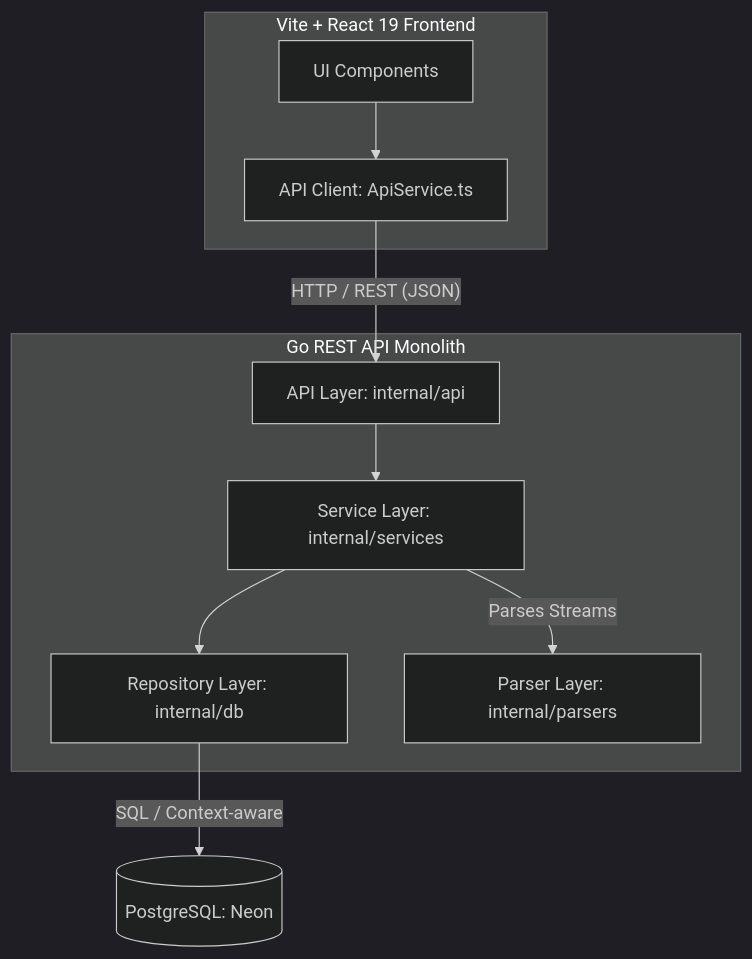
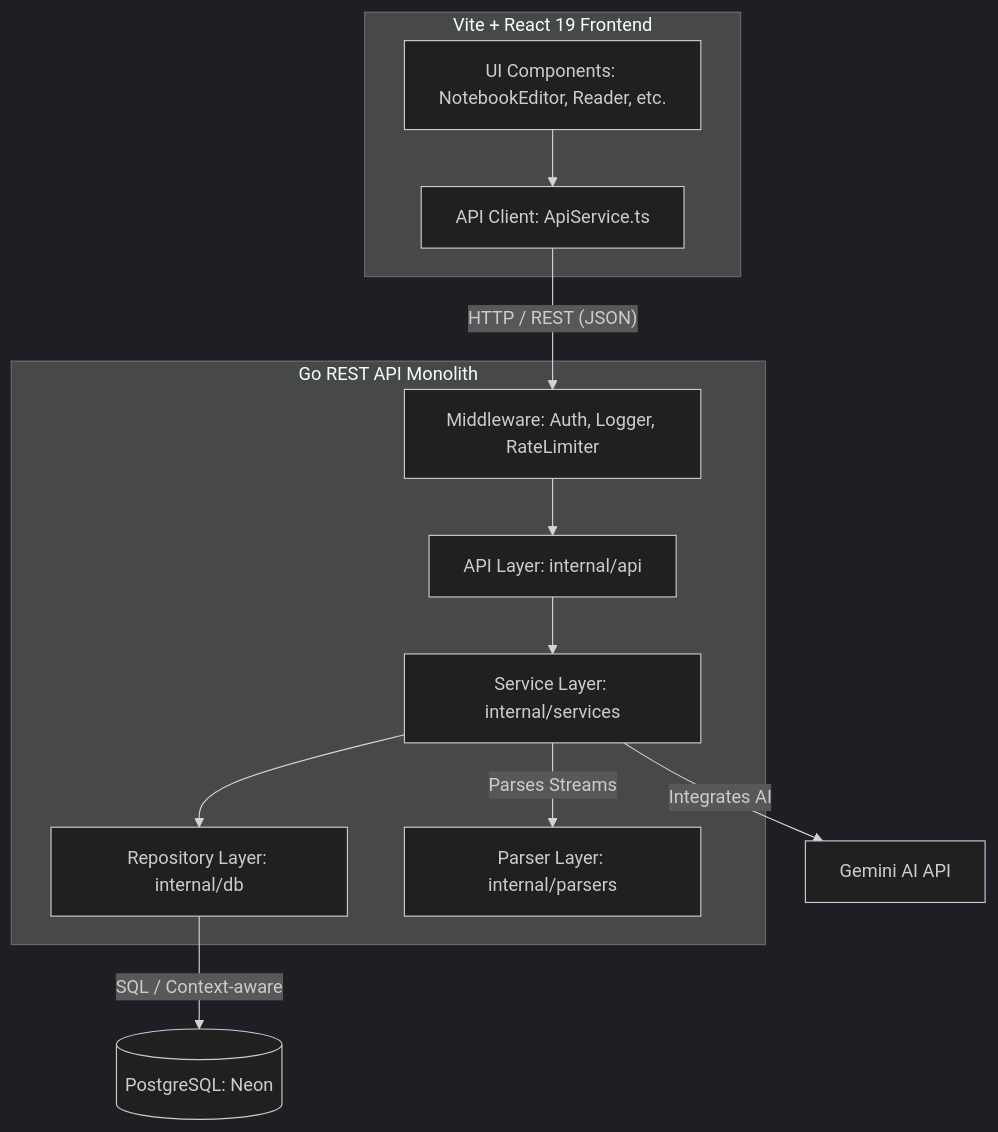
The first of 2 diagrams in docs/architecture/overview.md (mvirtai/clible-v3-go), drawn with Mermaid (dark theme) before and after one commit. The commit also changed other lines of this file and 54 other files, not shown here.

````diff
--- a/docs/architecture/overview.md
+++ b/docs/architecture/overview.md
@@ -11,23 +13,27 @@
 ```mermaid
 graph TD
     subgraph Frontend [Vite + React 19 Frontend]
-        UI[UI Components]
+        UI[UI Components: NotebookEditor, Reader, etc.]
         API_CLIENT[API Client: ApiService.ts]
     end
 
     subgraph Backend [Go REST API Monolith]
+        MW_LAYER[Middleware: Auth, Logger, RateLimiter]
         API_LAYER[API Layer: internal/api]
         SVC_LAYER[Service Layer: internal/services]
         REP_LAYER[Repository Layer: internal/db]
         PRS_LAYER[Parser Layer: internal/parsers]
     end
 
     DB[(PostgreSQL: Neon)]
+    AI[Gemini AI API]
 
     UI --> API_CLIENT
-    API_CLIENT -- "HTTP / REST (JSON)" --> API_LAYER
+    API_CLIENT -- "HTTP / REST (JSON)" --> MW_LAYER
+    MW_LAYER --> API_LAYER
     API_LAYER --> SVC_LAYER
     SVC_LAYER --> REP_LAYER
     SVC_LAYER -- "Parses Streams" --> PRS_LAYER
+    SVC_LAYER -- "Integrates AI" --> AI
     REP_LAYER -- "SQL / Context-aware" --> DB
 ```
````
